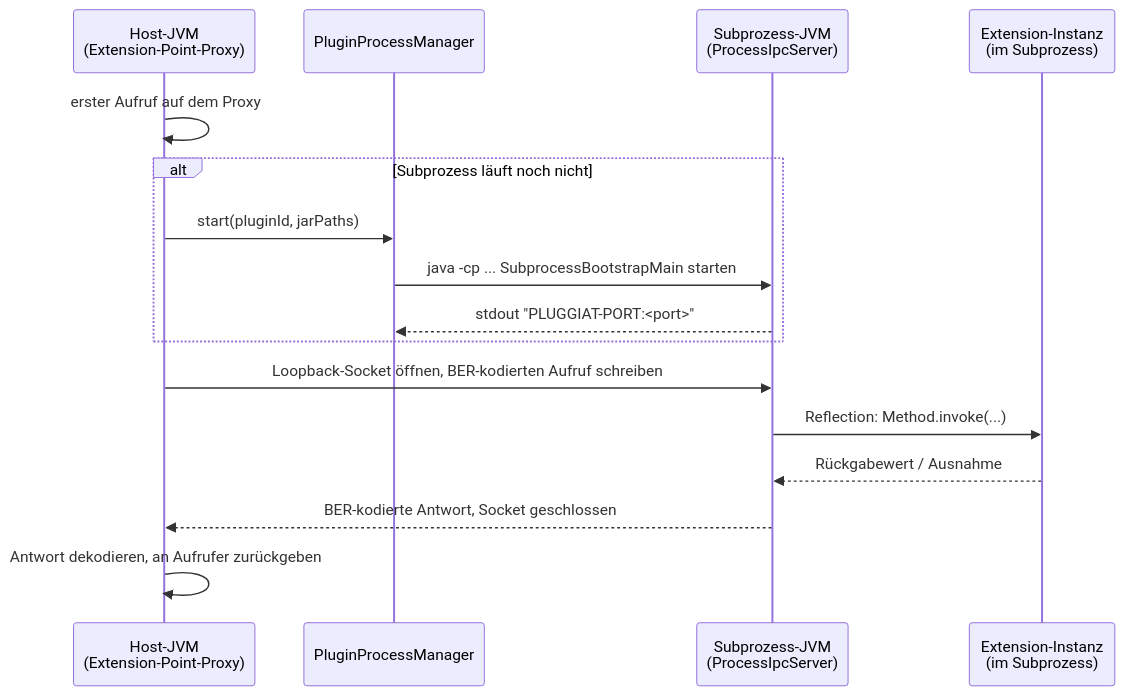
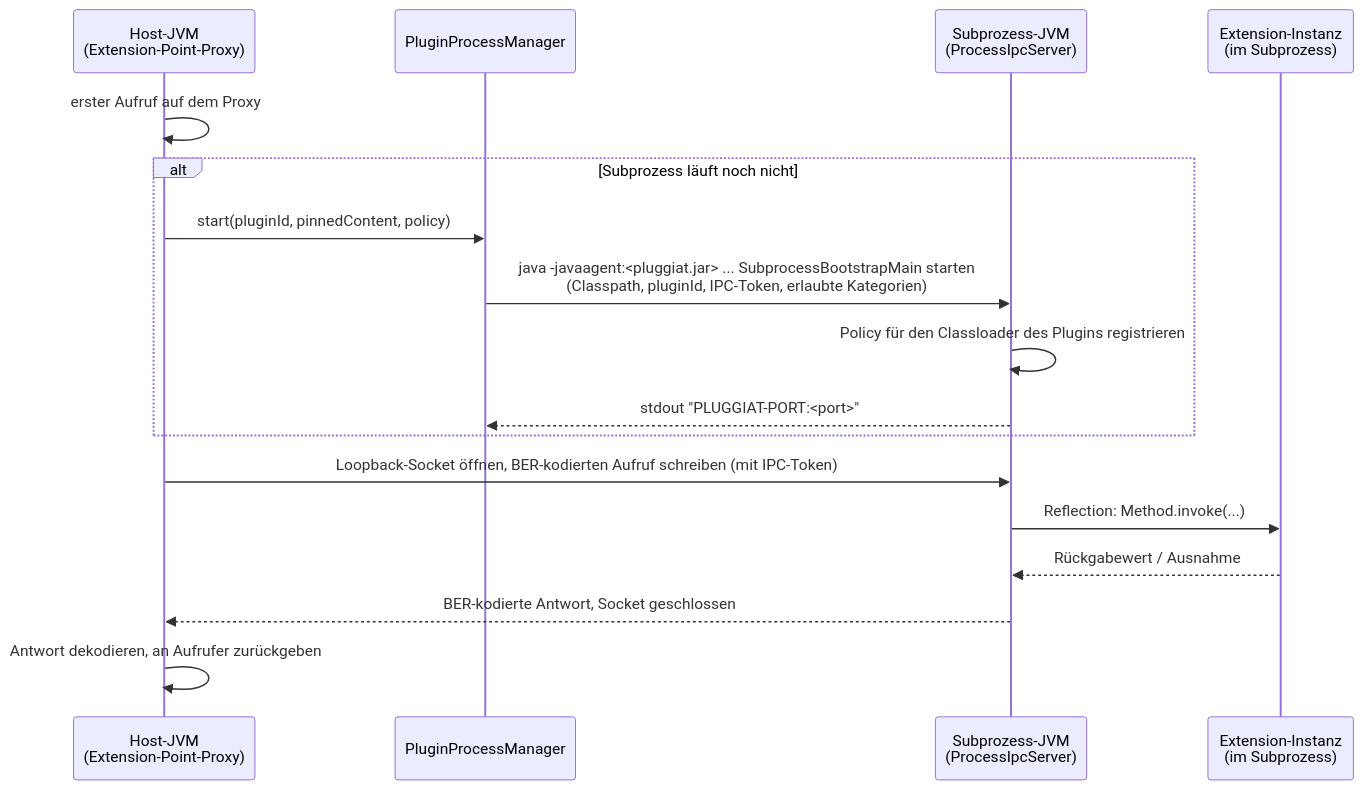
One commit to KleinerHacker/pluggiat changed the second of 2 diagrams in docs/docs/host-integration/sandbox.de.md. Above: the diagram before and after it, drawn with Mermaid. The commit also changed other lines of this file and 76 other files, not shown here.

````diff
--- a/docs/docs/host-integration/sandbox.de.md
+++ b/docs/docs/host-integration/sandbox.de.md
@@ -248,19 +260,20 @@
 ```mermaid
 sequenceDiagram
     participant Host as Host-JVM<br/>(Extension-Point-Proxy)
     participant Mgr as PluginProcessManager
     participant Sub as Subprozess-JVM<br/>(ProcessIpcServer)
     participant Ext as Extension-Instanz<br/>(im Subprozess)
 
     Host->>Host: erster Aufruf auf dem Proxy
     alt Subprozess läuft noch nicht
-        Host->>Mgr: start(pluginId, jarPaths)
-        Mgr->>Sub: java -cp ... SubprocessBootstrapMain starten
+        Host->>Mgr: start(pluginId, pinnedContent, policy)
+        Mgr->>Sub: java -javaagent:<pluggiat.jar> ... SubprocessBootstrapMain starten<br/>(Classpath, pluginId, IPC-Token, erlaubte Kategorien)
+        Sub->>Sub: Policy für den Classloader des Plugins registrieren
         Sub-->>Mgr: stdout "PLUGGIAT-PORT:<port>"
     end
-    Host->>Sub: Loopback-Socket öffnen, BER-kodierten Aufruf schreiben
+    Host->>Sub: Loopback-Socket öffnen, BER-kodierten Aufruf schreiben (mit IPC-Token)
     Sub->>Ext: Reflection: Method.invoke(...)
     Ext-->>Sub: Rückgabewert / Ausnahme
     Sub-->>Host: BER-kodierte Antwort, Socket geschlossen
     Host->>Host: Antwort dekodieren, an Aufrufer zurückgeben
 ```
````
